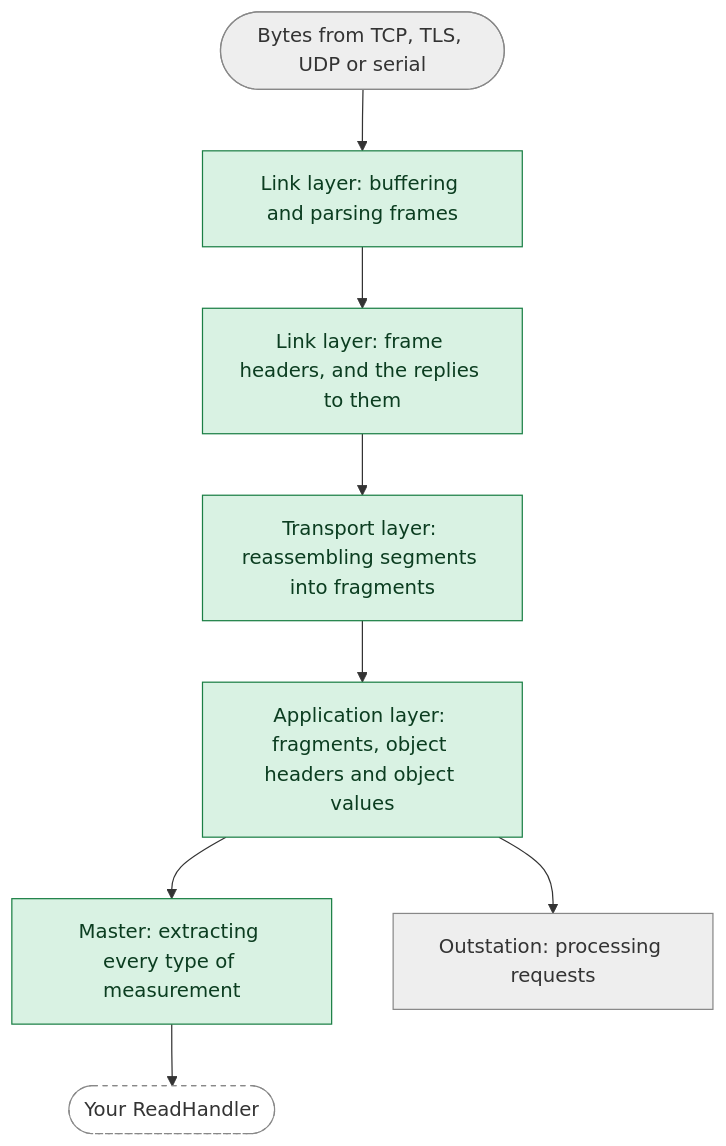
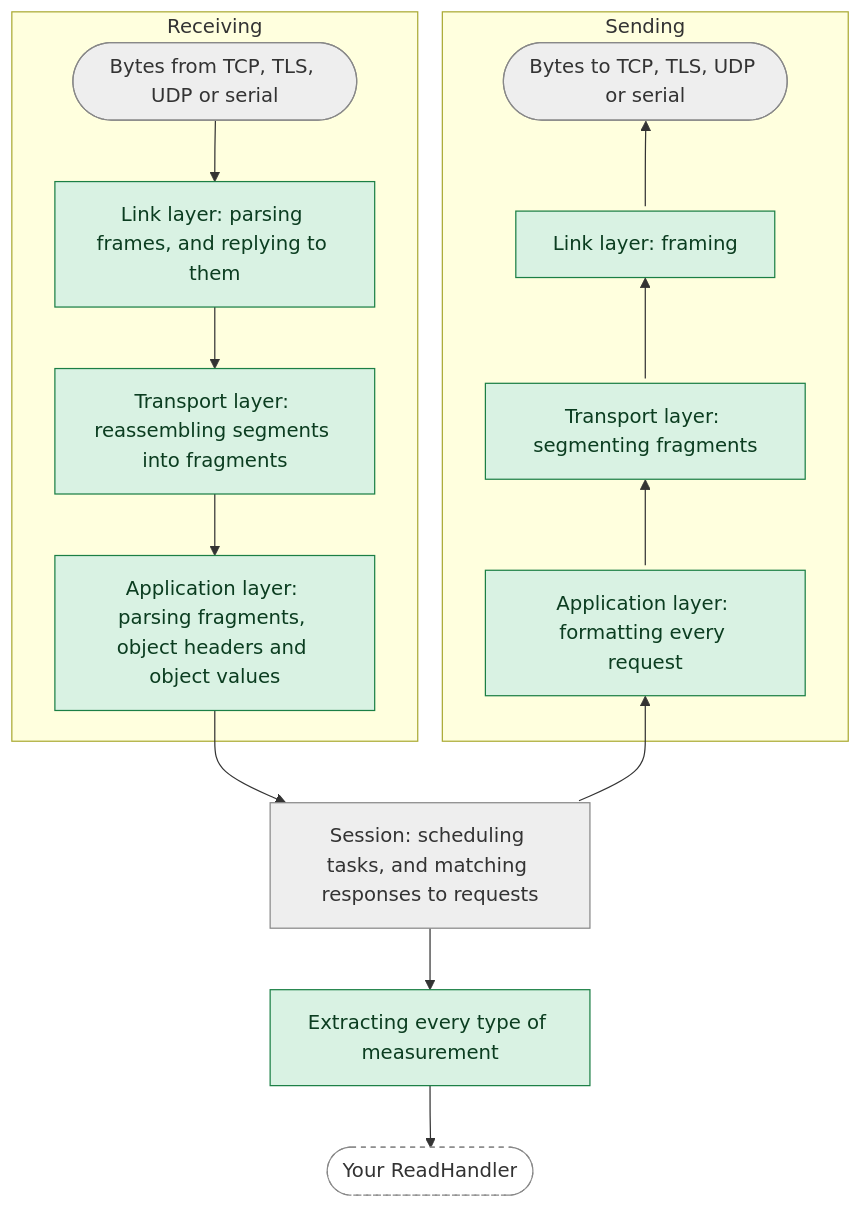
The first of 2 diagrams in guide/docs/about/security.mdx (stepfunc/dnp3), drawn with Mermaid before and after one commit. The commit also changed other lines of this file and 45 other files, not shown here.

````diff
--- a/guide/docs/about/security.mdx
+++ b/guide/docs/about/security.mdx
@@ -57,17 +70,29 @@
 ```mermaid
-flowchart TD
-    bytes(["Bytes from TCP, TLS, UDP or serial"]):::outside
-    reader["Link layer: buffering and parsing frames"]:::proven
-    frames["Link layer: frame headers, and the replies to them"]:::proven
-    transport["Transport layer: reassembling segments into fragments"]:::proven
-    app["Application layer: fragments, object headers and object values"]:::proven
-    master["Master: extracting every type of measurement"]:::proven
-    outstation["Outstation: processing requests"]:::outside
+flowchart TB
+    subgraph receiving [Receiving]
+        rx(["Bytes from TCP, TLS, UDP or serial"]):::outside
+        rlink["Link layer: parsing frames, and replying to them"]:::proven
+        rtransport["Transport layer: reassembling segments into fragments"]:::proven
+        rapp["Application layer: parsing fragments, object headers and object values"]:::proven
+    end
+    subgraph sending [Sending]
+        tx(["Bytes to TCP, TLS, UDP or serial"]):::outside
+        slink["Link layer: framing"]:::proven
+        stransport["Transport layer: segmenting fragments"]:::proven
+        sapp["Application layer: formatting every request"]:::proven
+    end
+    session["Session: scheduling tasks, and matching responses to requests"]:::outside
+    extract["Extracting every type of measurement"]:::proven
     handler(["Your ReadHandler"]):::user
-    bytes --> reader --> frames --> transport --> app
-    app --> master --> handler
-    app --> outstation
+    rx --> rlink --> rtransport --> rapp --> session
+    tx <--> slink
+    slink <--> stransport
+    stransport <--> sapp
+    sapp <--> session
+    session --> extract --> handler
+    %% each sending link is listed from the step above to the one below, so the column rises; only its upper arrowhead is drawn
+    linkStyle 4,5,6,7 marker-end:none
     classDef proven fill:#d9f2e3,stroke:#1b7f45,color:#0b3d20
     classDef outside fill:#eeeeee,stroke:#888888,color:#333333
     classDef user fill:#ffffff,stroke:#888888,stroke-dasharray:4 4,color:#333333
 ```
````
